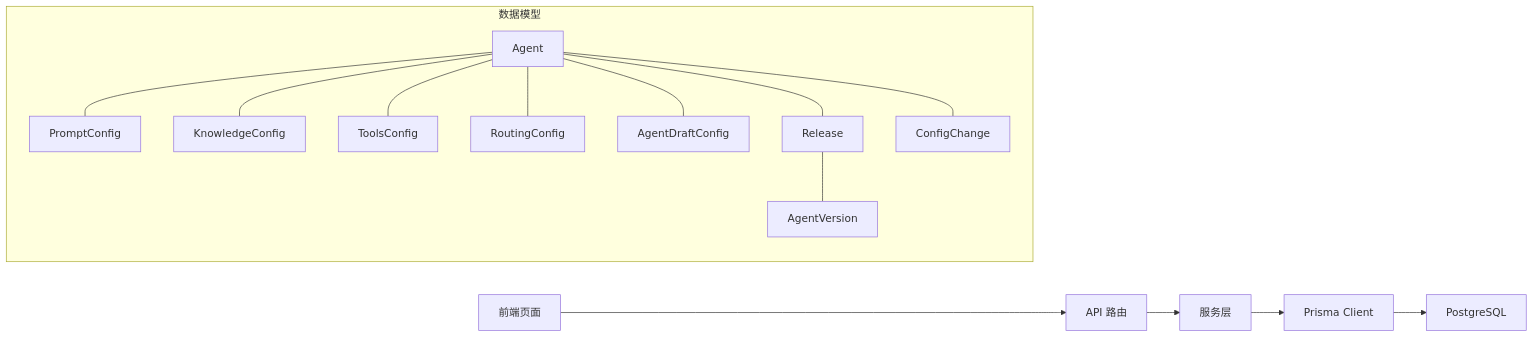
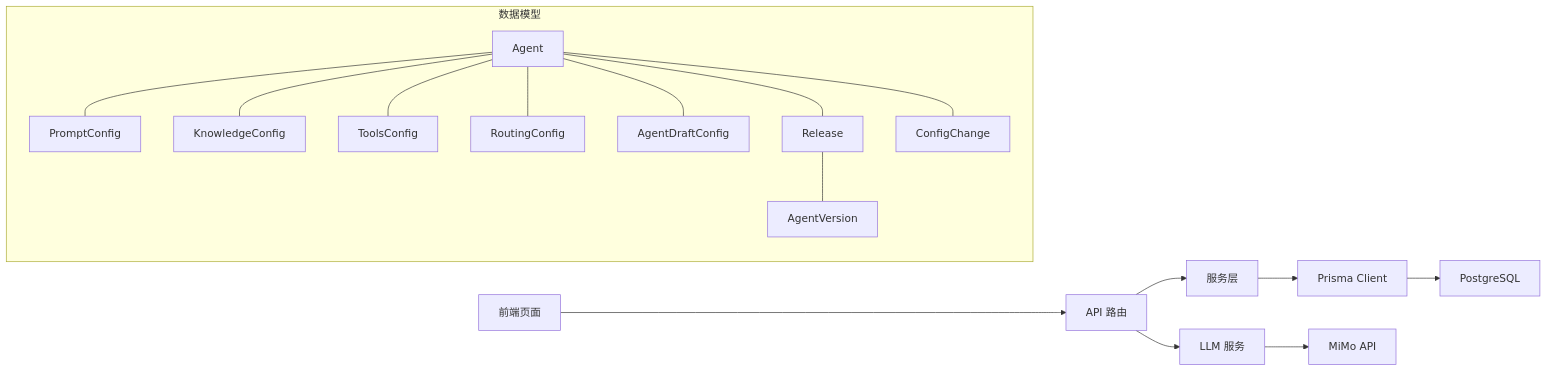
The seventh of 7 diagrams in .qoder/repowiki/zh/content/功能模块/Agent 管理.md (ai-guru-global/agent-up), drawn with Mermaid before and after one commit. The commit also changed other lines of this file and 32 other files, not shown here.

````diff
--- a/.qoder/repowiki/zh/content/功能模块/Agent 管理.md
+++ b/.qoder/repowiki/zh/content/功能模块/Agent 管理.md
@@ -418,26 +507,28 @@
 ```mermaid
 graph LR
 FE["前端页面"] --> API["API 路由"]
 API --> SVC["服务层"]
+API --> LLM["LLM 服务"]
 SVC --> PRISMA["Prisma Client"]
 PRISMA --> PG["PostgreSQL"]
+LLM --> MIMO["MiMo API"]
 subgraph "数据模型"
 AG["Agent"]
 PC["PromptConfig"]
 KC["KnowledgeConfig"]
 TC["ToolsConfig"]
 RC["RoutingConfig"]
 DC["AgentDraftConfig"]
 RL["Release"]
 AV["AgentVersion"]
 CC["ConfigChange"]
 end
 AG --- PC
 AG --- KC
 AG --- TC
 AG --- RC
 AG --- DC
 AG --- RL
 RL --- AV
 AG --- CC
 ```
````
